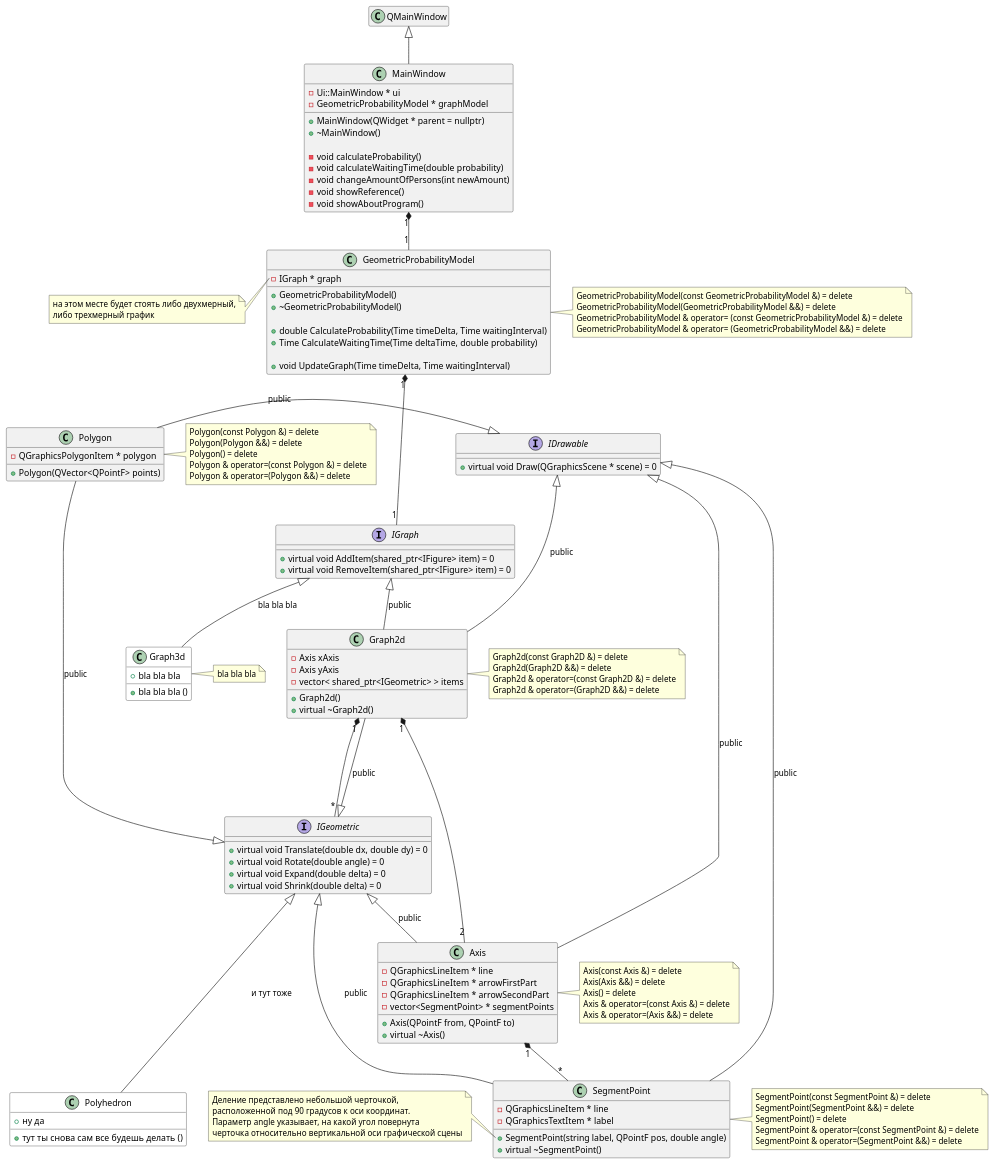
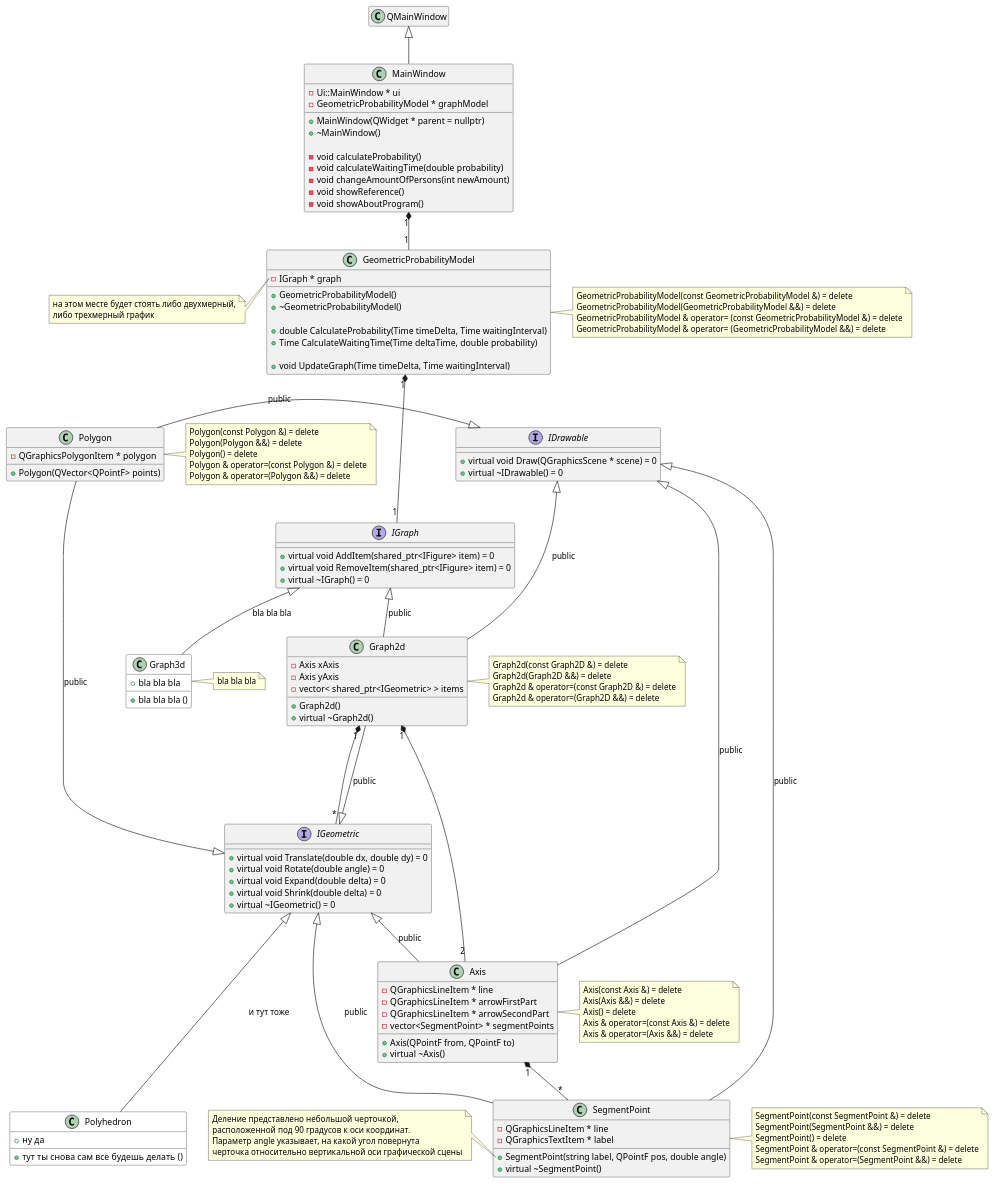
Before and after one commit to HandsAndKeyboards/AppointmentProblem: the diagram in doc/graph2d class.puml, drawn with PlantUML. The commit also changed 1 other file, not shown here.

```diff
--- a/doc/graph2d class.puml
+++ b/doc/graph2d class.puml
@@ -1,181 +1,184 @@
 @startuml 
 
 'https://plantuml.com/class-diagram
 
 class MainWindow {
     - Ui::MainWindow * ui
     - GeometricProbabilityModel * graphModel
 
     + MainWindow(QWidget * parent = nullptr)
     + ~MainWindow()
 
     - void calculateProbability()
     - void calculateWaitingTime(double probability)
     - void changeAmountOfPersons(int newAmount)
     - void showReference()
     - void showAboutProgram()
 }
 QMainWindow <|-- MainWindow
 hide QMainWindow members
 
 
 
 class GeometricProbabilityModel {
     - IGraph * graph
 
     + GeometricProbabilityModel()
     + ~GeometricProbabilityModel()
 
     + double CalculateProbability(Time timeDelta, Time waitingInterval)
     + Time CalculateWaitingTime(Time deltaTime, double probability)
 
     + void UpdateGraph(Time timeDelta, Time waitingInterval)
 }
 MainWindow "1" *-- "1" GeometricProbabilityModel
 note left of GeometricProbabilityModel::"graph"
     на этом месте будет стоять либо двухмерный,
     либо трехмерный график
 end note
 note right of GeometricProbabilityModel
     GeometricProbabilityModel(const GeometricProbabilityModel &) = delete
     GeometricProbabilityModel(GeometricProbabilityModel &&) = delete
     GeometricProbabilityModel & operator= (const GeometricProbabilityModel &) = delete
     GeometricProbabilityModel & operator= (GeometricProbabilityModel &&) = delete
 end note
 
 
 
 interface IGraph {
     + virtual void AddItem(shared_ptr<IFigure> item) = 0
     + virtual void RemoveItem(shared_ptr<IFigure> item) = 0
+    + virtual ~IGraph() = 0
 }
 GeometricProbabilityModel "1" *--- "1" IGraph
 note left of IGraph::"mainFigure"
     основная фигура, характеризующая
     геометрическую вероятность
 end note
 note left of IGraph::"boundingFigure"
     фигура, ограничивающая основную
 end note
 
 
 
 class Graph2d {
     - Axis xAxis
     - Axis yAxis
     - vector< shared_ptr<IGeometric> > items
 
     + Graph2d()
     + virtual ~Graph2d()
 }
 IGraph <|-- Graph2d : public
 IGeometric <|--- Graph2d : public
 IDrawable <|--- Graph2d : public
 note right of Graph2d
     Graph2d(const Graph2D &) = delete
     Graph2d(Graph2D &&) = delete
     Graph2d & operator=(const Graph2D &) = delete
     Graph2d & operator=(Graph2D &&) = delete
 end note
 
 
 
 class Graph3d #white { /' #white окрашивает объект в белый цвет '/
     + bla bla bla
     + bla bla bla ()
 }
 IGraph <|-- Graph3d : bla bla bla
 note right of Graph3d
     bla bla bla
 end note
 
 
 
 class Axis {
     - QGraphicsLineItem * line
     - QGraphicsLineItem * arrowFirstPart
     - QGraphicsLineItem * arrowSecondPart
     - vector<SegmentPoint> * segmentPoints
 
     + Axis(QPointF from, QPointF to)
     + virtual ~Axis()
 }
 IGeometric <|-- Axis : public
 IDrawable <|-- Axis : public
 Graph2d "1" *-- "2" Axis
 note right of Axis
     Axis(const Axis &) = delete
     Axis(Axis &&) = delete
     Axis() = delete
     Axis & operator=(const Axis &) = delete
     Axis & operator=(Axis &&) = delete
 end note
 
 
 
 class SegmentPoint {
     - QGraphicsLineItem * line
     - QGraphicsTextItem * label
 
     + SegmentPoint(string label, QPointF pos, double angle)
     + virtual ~SegmentPoint()
 }
 IDrawable <|-- SegmentPoint : public
 IGeometric <|-- SegmentPoint : public
 Axis "1" *-- "*" SegmentPoint
 note left of SegmentPoint::"SegmentPoint(string label, QPointF pos, double angle)"
     Деление представлено небольшой черточкой,
     расположенной под 90 градусов к оси координат.
     Параметр angle указывает, на какой угол повернута
     черточка относительно вертикальной оси графической сцены
 end note
 note right of SegmentPoint
     SegmentPoint(const SegmentPoint &) = delete
     SegmentPoint(SegmentPoint &&) = delete
     SegmentPoint() = delete
     SegmentPoint & operator=(const SegmentPoint &) = delete
     SegmentPoint & operator=(SegmentPoint &&) = delete
 end note
 
 
 
 interface IGeometric {
     + virtual void Translate(double dx, double dy) = 0
     + virtual void Rotate(double angle) = 0
     + virtual void Expand(double delta) = 0
     + virtual void Shrink(double delta) = 0
+    + virtual ~IGeometric() = 0
 }
 Graph2d "1" *-- "*" IGeometric
 
 
 class Polygon {
     - QGraphicsPolygonItem * polygon
 
     + Polygon(QVector<QPointF> points)
 }
 IGeometric <|-- Polygon : public
 IDrawable <|-left- Polygon : public
 note right of Polygon
     Polygon(const Polygon &) = delete
     Polygon(Polygon &&) = delete
     Polygon() = delete
     Polygon & operator=(const Polygon &) = delete
     Polygon & operator=(Polygon &&) = delete
 end note
 
 
 
 class Polyhedron #white { /' #white окрашивает объект в белый цвет '/
     + ну да
     + тут ты снова сам все будешь делать ()
 }
 IGeometric <|--- Polyhedron : и тут тоже
 
 
 
 interface IDrawable {
     + virtual void Draw(QGraphicsScene * scene) = 0
+    + virtual ~IDrawable() = 0
 }
 
 
 @enduml
```
